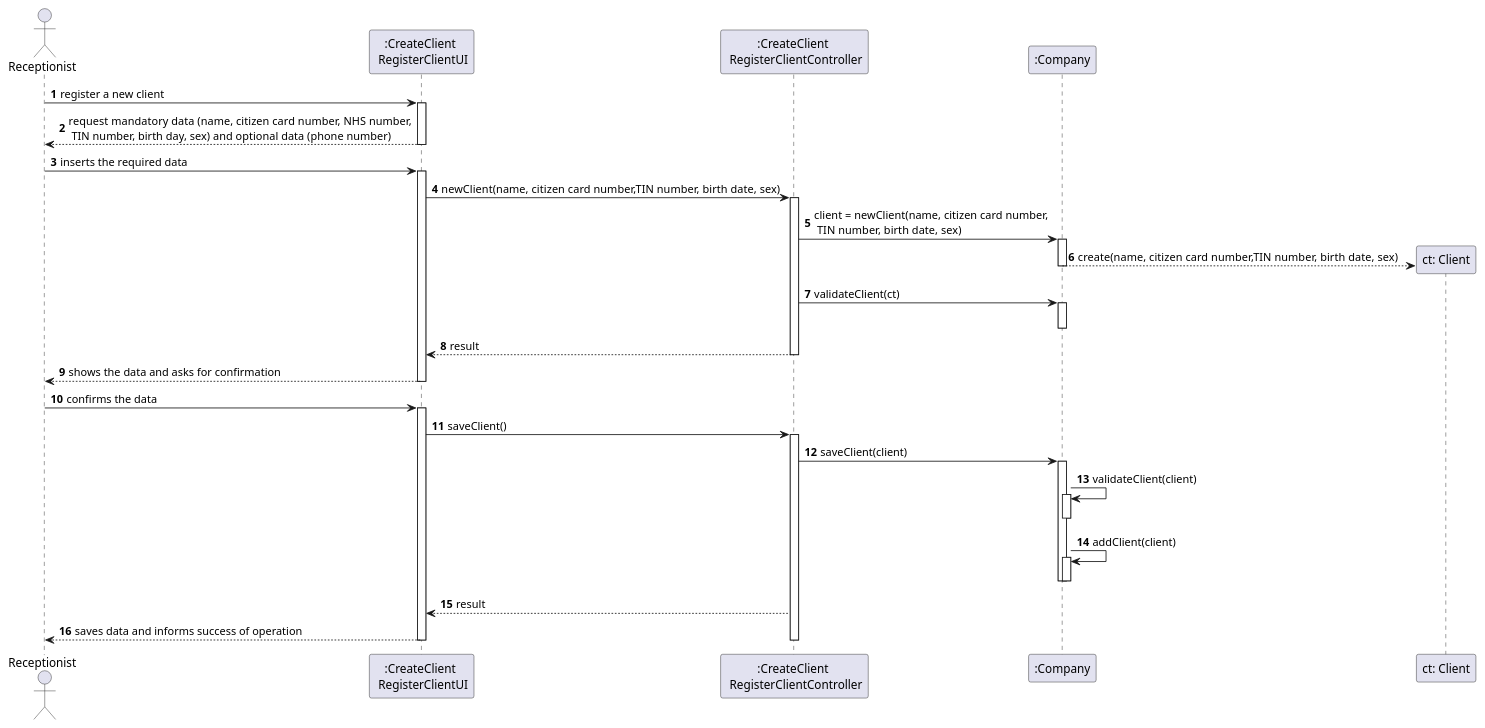
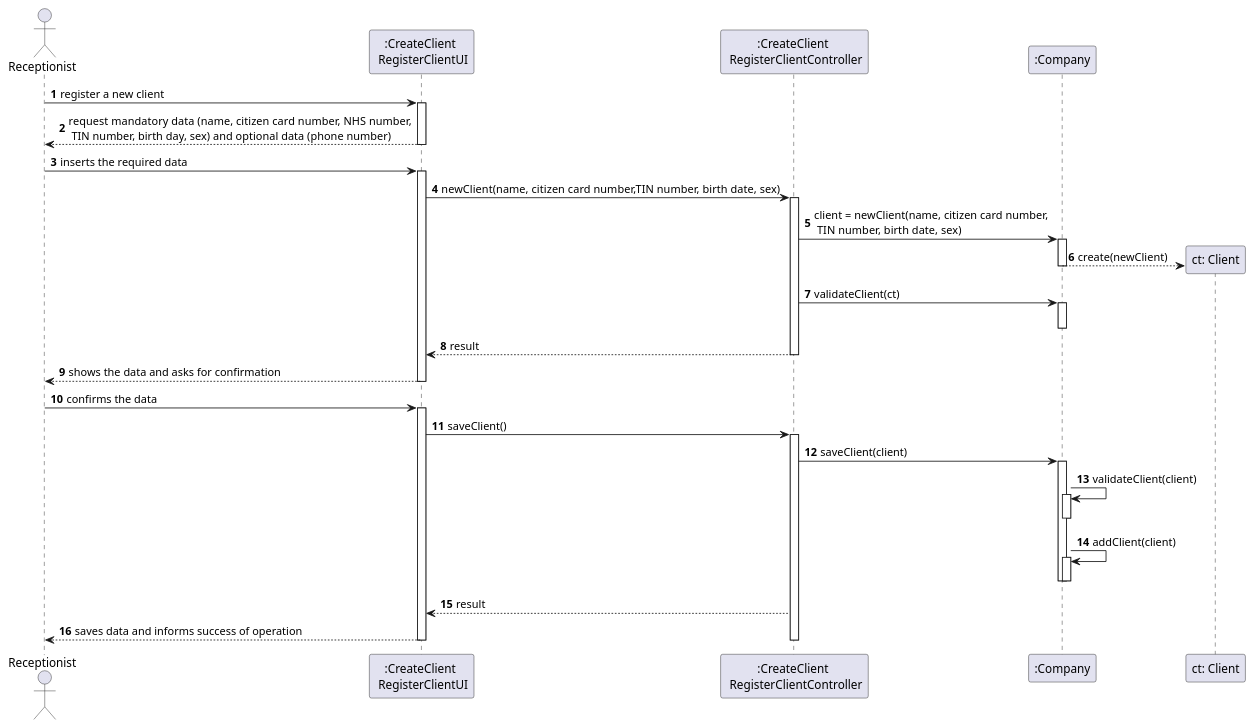
One commit to GuilhermeCunha79/lapr2 changed the diagram in docs/SprintB/US3/UC3_SD.puml. Above: the diagram before and after it, drawn with PlantUML. The commit also changed 2 other files, not shown here.

```diff
--- a/docs/SprintB/US3/UC3_SD.puml
+++ b/docs/SprintB/US3/UC3_SD.puml
@@ -1,62 +1,62 @@
 @startuml
 autonumber
 'hide footbox
 actor "Receptionist" as RECEP
 
 participant ":CreateClient \n RegisterClientUI" as UI
 participant ":CreateClient \n RegisterClientController" as CTRL
 participant ":Company" as C
 participant "ct: Client" as CL
 
 
 
 RECEP -> UI : register a new client
 activate UI
     UI --> RECEP : request mandatory data (name, citizen card number, NHS number,\n TIN number, birth day, sex) and optional data (phone number)
 deactivate UI
 
 RECEP -> UI : inserts the required data
 activate UI
     UI -> CTRL : newClient(name, citizen card number,TIN number, birth date, sex)
     activate CTRL
 
         CTRL -> C: client = newClient(name, citizen card number,\n TIN number, birth date, sex)
 
         activate C
-        C --> CL** : create(name, citizen card number,TIN number, birth date, sex)
+        C --> CL** : create(newClient)
         deactivate C
 
         CTRL -> C : validateClient(ct)
         activate C
         deactivate C
 
         CTRL --> UI : result
 
     deactivate CTRL
     UI --> RECEP : shows the data and asks for confirmation
 deactivate UI
 RECEP -> UI : confirms the data
 activate UI
 
     UI -> CTRL : saveClient()
 
 activate CTRL
     CTRL -> C : saveClient(client)
 
 activate C
 
     C -> C : validateClient(client)
     activate C
     deactivate C
     C -> C : addClient(client)
     activate C
     deactivate C
     deactivate C
     CTRL --> UI : result
 
 UI --> RECEP : saves data and informs success of operation
 deactivate C
 deactivate UI
 deactivate CTRL
 
 @enduml
```
